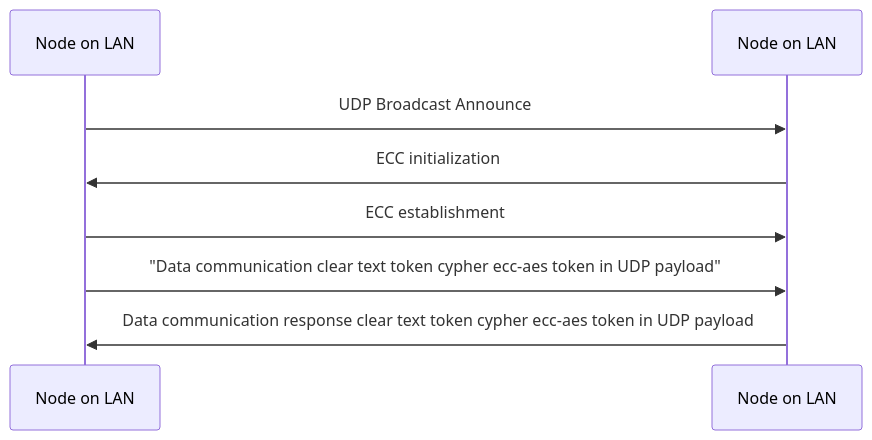
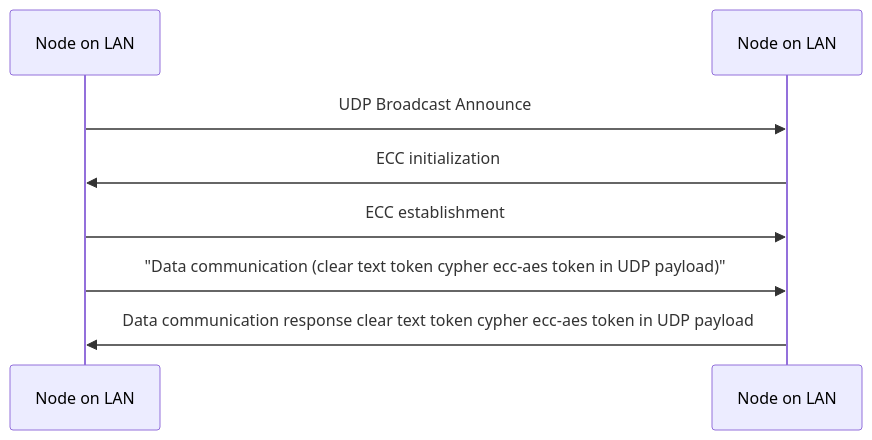
Before and after one commit to packetqc/MPLIB: the first of 3 diagrams in key-exchange.md, drawn with Mermaid.

````diff
--- a/key-exchange.md
+++ b/key-exchange.md
@@ -21,10 +21,10 @@
 ```mermaid
   sequenceDiagram
   participant N1 as Node on LAN
   participant N2 as Node on LAN
   N1->>N2: UDP Broadcast Announce
   N2->>N1: ECC initialization
   N1->>N2: ECC establishment
-  N1->>N2: "Data communication  clear text token cypher ecc-aes token in UDP payload"
+  N1->>N2: "Data communication  (clear text token cypher ecc-aes token in UDP payload)"
   N2->>N1: Data communication response clear text token cypher ecc-aes token in UDP payload
 ```
````
